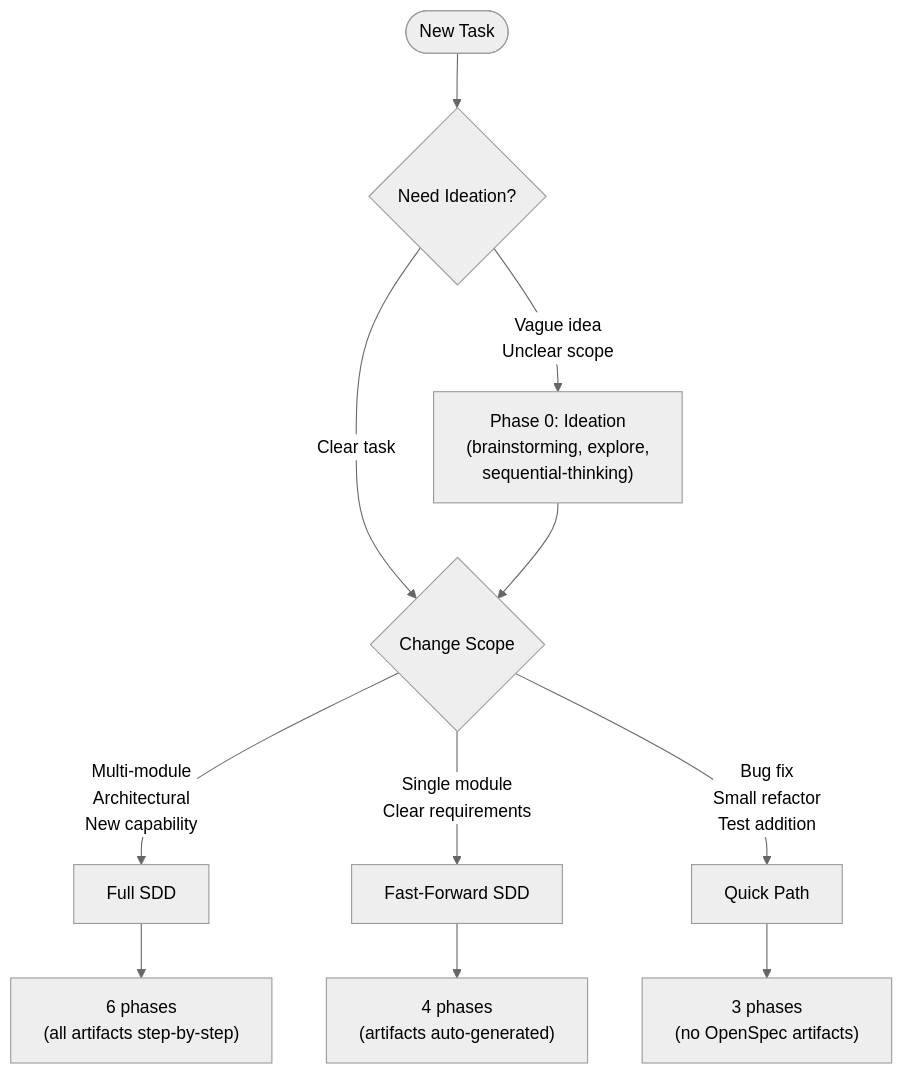
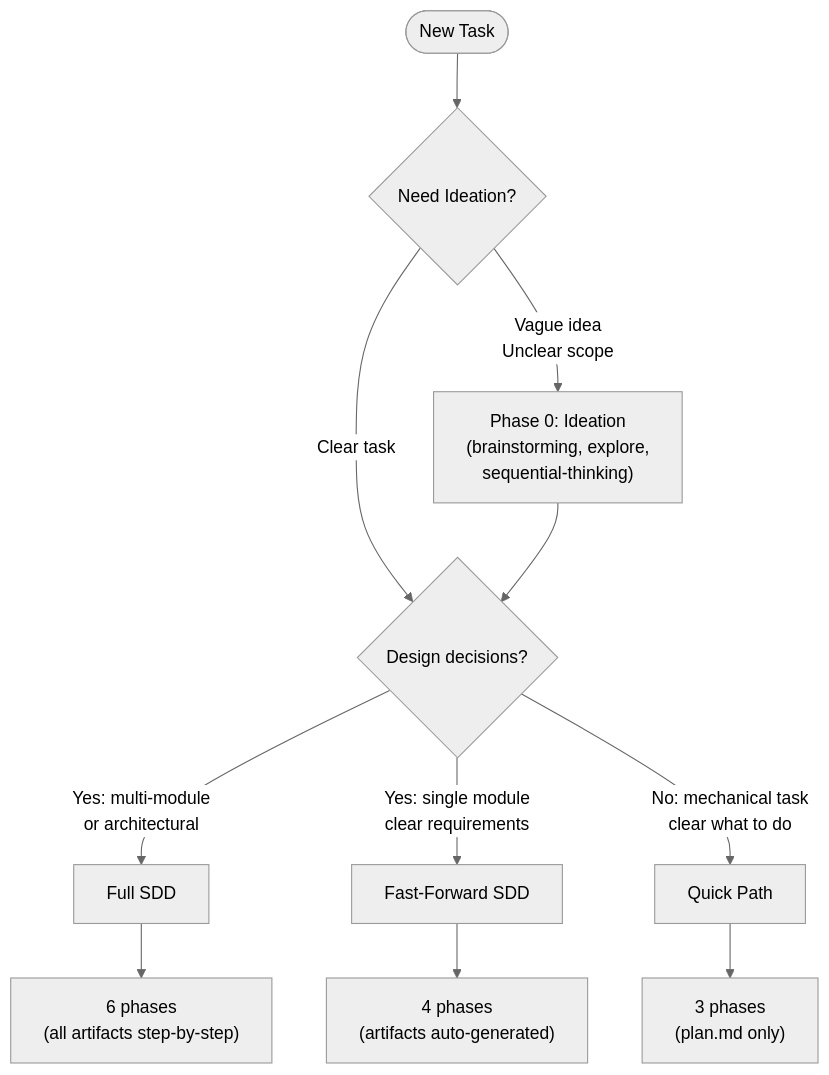
The first of 5 diagrams in rv-android/docs/WORKFLOW.md (PAMunb/rvsec), drawn with Mermaid (neutral theme) before and after one commit. The commit also changed other lines of this file and 262 other files, not shown here.

````diff
--- a/rv-android/docs/WORKFLOW.md
+++ b/rv-android/docs/WORKFLOW.md
@@ -118,15 +120,15 @@
 ```mermaid
 flowchart TD
     START([New Task]) --> P0{Need Ideation?}
     P0 -->|"Vague idea\nUnclear scope"| IDEATE["Phase 0: Ideation\n(brainstorming, explore,\nsequential-thinking)"]
     P0 -->|"Clear task"| ASSESS
 
-    IDEATE --> ASSESS{Change Scope}
-    ASSESS -->|"Multi-module\nArchitectural\nNew capability"| FULL[Full SDD]
-    ASSESS -->|"Single module\nClear requirements"| FAST[Fast-Forward SDD]
-    ASSESS -->|"Bug fix\nSmall refactor\nTest addition"| QUICK[Quick Path]
+    IDEATE --> ASSESS{Design decisions?}
+    ASSESS -->|"Yes: multi-module\nor architectural"| FULL[Full SDD]
+    ASSESS -->|"Yes: single module\nclear requirements"| FAST[Fast-Forward SDD]
+    ASSESS -->|"No: mechanical task\nclear what to do"| QUICK[Quick Path]
 
     FULL --> F_FLOW["6 phases\n(all artifacts step-by-step)"]
     FAST --> FF_FLOW["4 phases\n(artifacts auto-generated)"]
-    QUICK --> Q_FLOW["3 phases\n(no OpenSpec artifacts)"]
+    QUICK --> Q_FLOW["3 phases\n(plan.md only)"]
 ```
````
